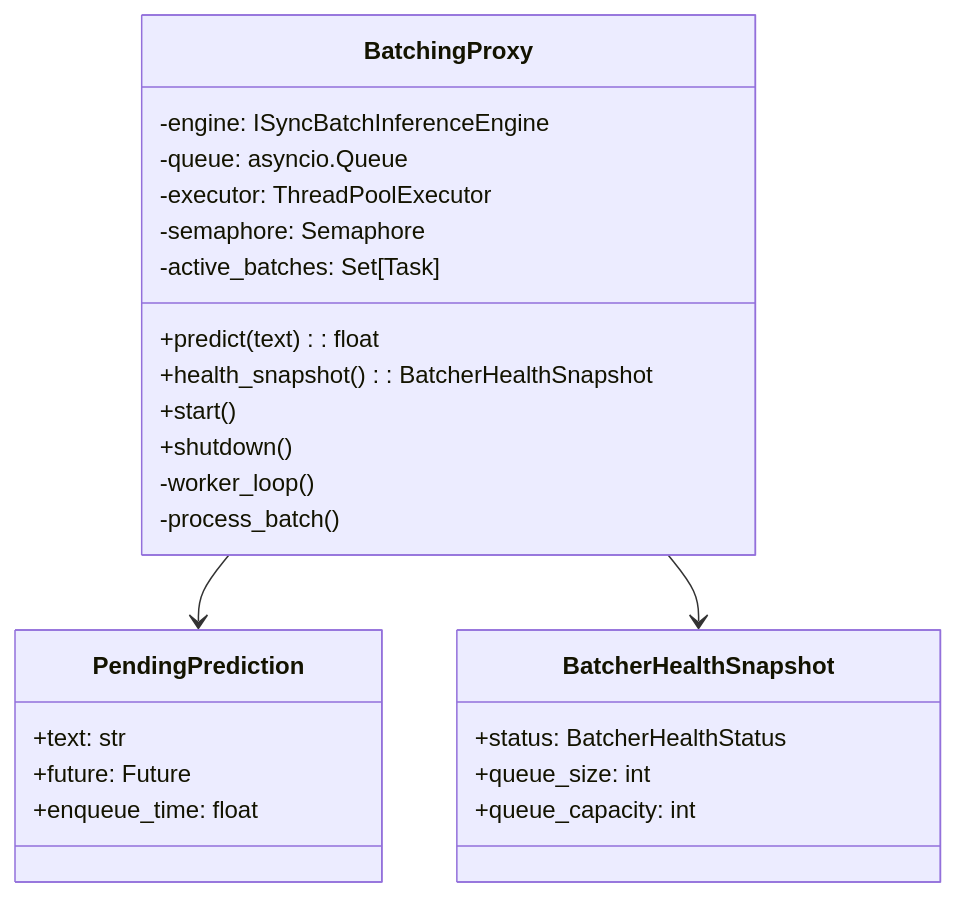
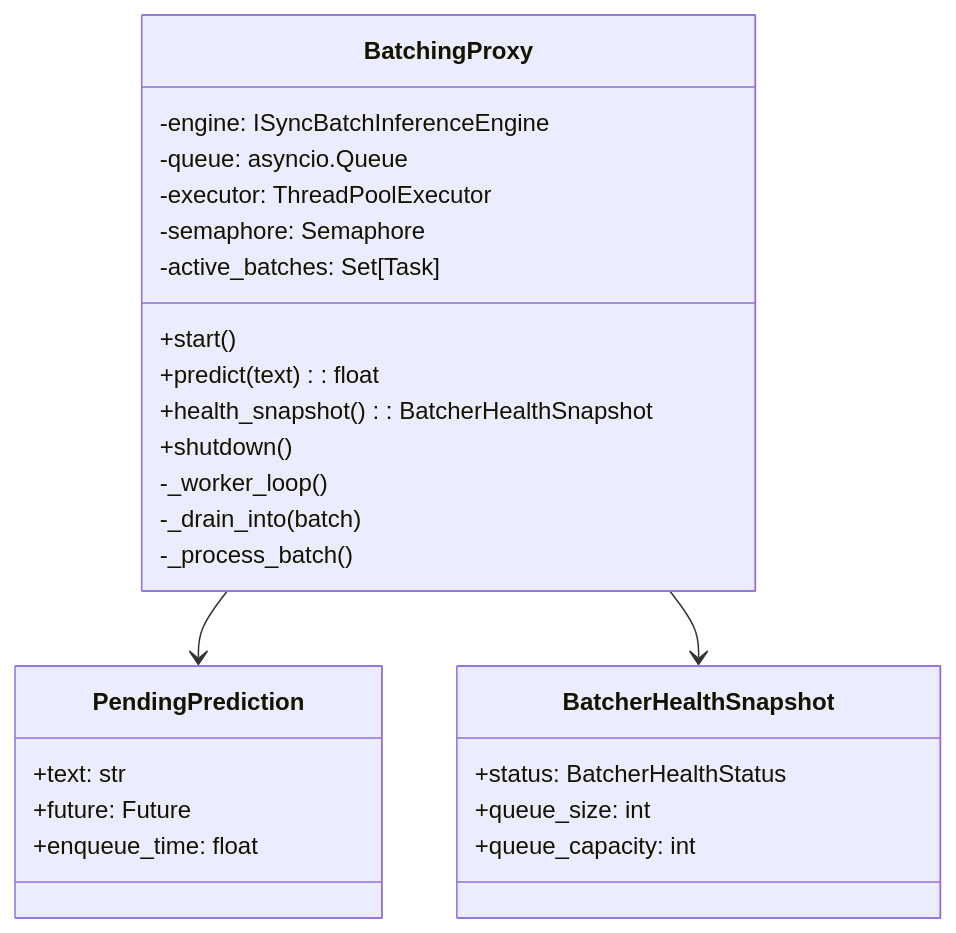
One commit to kunalPisolkar24/detectAI changed the second of 2 diagrams in services/inference/docs/concepts/batching.md. Above: the diagram before and after it, drawn with Mermaid. The commit also changed other lines of this file and 14 other files, not shown here.

````diff
--- a/services/inference/docs/concepts/batching.md
+++ b/services/inference/docs/concepts/batching.md
@@ -104,28 +104,29 @@
 ```mermaid
 classDiagram
     class BatchingProxy {
         -engine: ISyncBatchInferenceEngine
         -queue: asyncio.Queue
         -executor: ThreadPoolExecutor
         -semaphore: Semaphore
         -active_batches: Set[Task]
+        +start()
         +predict(text): float
         +health_snapshot(): BatcherHealthSnapshot
-        +start()
         +shutdown()
-        -worker_loop()
-        -process_batch()
+        -_worker_loop()
+        -_drain_into(batch)
+        -_process_batch()
     }
     class PendingPrediction {
         +text: str
         +future: Future
         +enqueue_time: float
     }
     class BatcherHealthSnapshot {
         +status: BatcherHealthStatus
         +queue_size: int
         +queue_capacity: int
     }
     BatchingProxy --> PendingPrediction
     BatchingProxy --> BatcherHealthSnapshot
 ```
````
